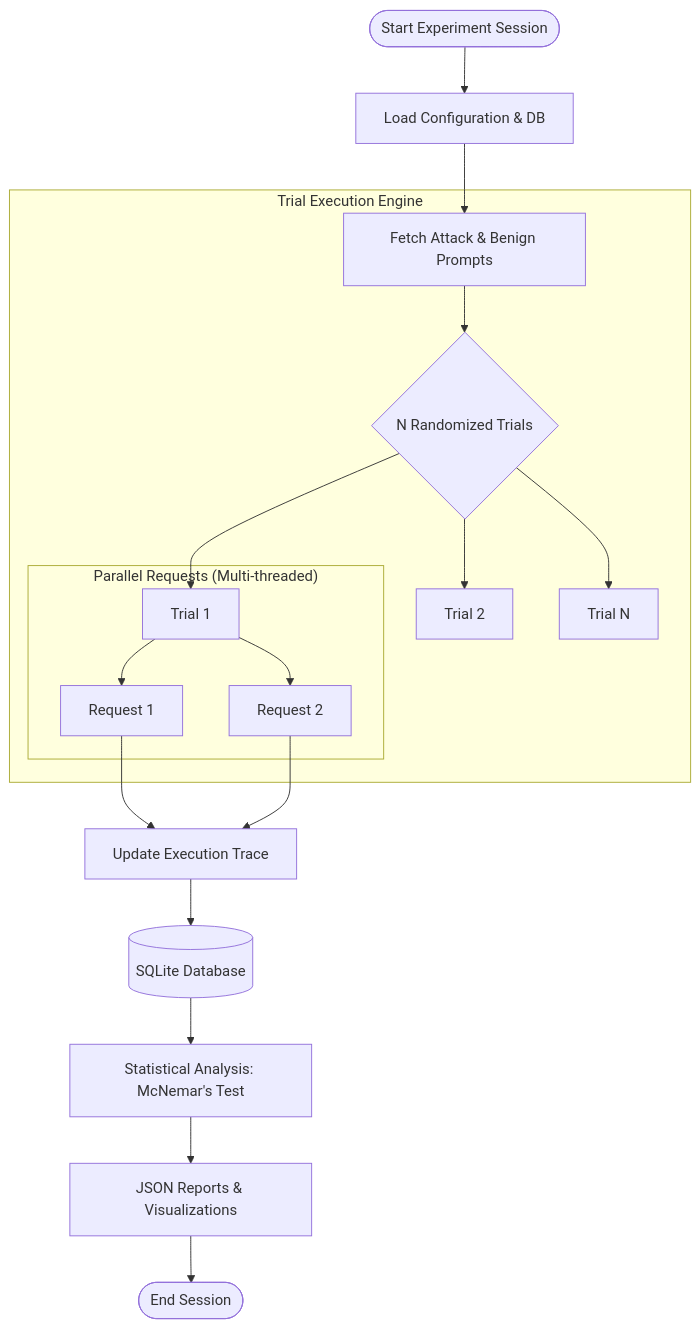
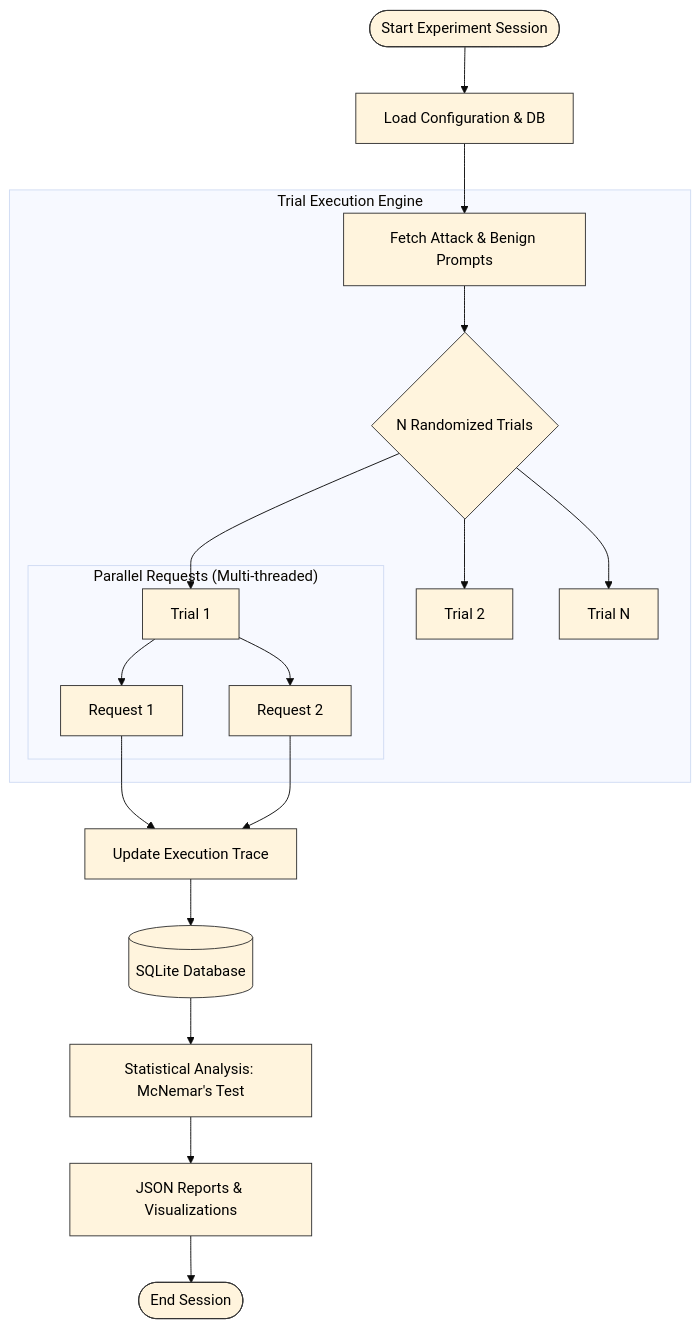
The diagram in DOCS/experiment_workflow.md (ArindamTripathi619/prompt-injection-experiments), drawn with Mermaid before and after one commit. The commit also changed 2 other files, not shown here.

Commit message:
fix: apply high-contrast themes to all Mermaid diagrams for better readability

````diff
--- a/DOCS/experiment_workflow.md
+++ b/DOCS/experiment_workflow.md
@@ -9,25 +9,26 @@
 ```mermaid
+%%{init: {'theme': 'base', 'themeVariables': { 'primaryTextColor': '#000', 'edgeLabelBackground': '#fff', 'nodeBorder': '#333' }}}%%
 flowchart TD
     Start([Start Experiment Session]) --> Init[Load Configuration & DB]
     Init --> SelectPrompts[Fetch Attack & Benign Prompts]
     
     subgraph "Trial Execution Engine"
     SelectPrompts --> Trials{N Randomized Trials}
     Trials --> Trial1[Trial 1]
     Trials --> Trial2[Trial 2]
     Trials --> TrialN[Trial N]
     
     subgraph "Parallel Requests (Multi-threaded)"
     Trial1 --> R1[Request 1]
     Trial1 --> R2[Request 2]
     end
     end
 
     R1 --> Collect[Update Execution Trace]
     R2 --> Collect
     Collect --> DB[(SQLite Database)]
     
     DB --> Stats[Statistical Analysis: McNemar's Test]
     Stats --> Reports[JSON Reports & Visualizations]
     Reports --> End([End Session])
 ```
````
